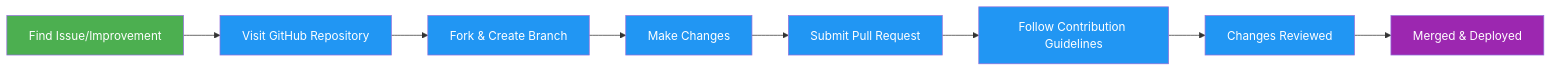
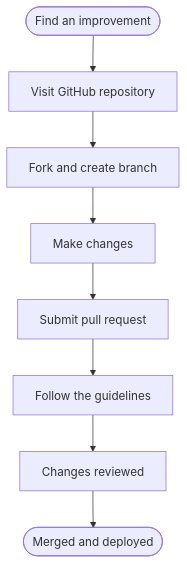
The diagram in docs/en/index.md (ultralytics/handbook), drawn with Mermaid before and after one commit. The commit also changed 16 other files, not shown here.

Commit message:
Migrate handbook Mermaid diagrams to the unified design system (#363)

````diff
--- a/docs/en/index.md
+++ b/docs/en/index.md
@@ -304,14 +304,10 @@
 ```mermaid
-graph LR
-    A[Find Issue/Improvement]:::start --> B[Visit GitHub Repository]:::proc
-    B --> C[Fork & Create Branch]:::proc
-    C --> D[Make Changes]:::proc
-    D --> E[Submit Pull Request]:::proc
-    E --> F[Follow Contribution Guidelines]:::proc
-    F --> G[Changes Reviewed]:::proc
-    G --> H[Merged & Deployed]:::out
-
-    classDef start fill:#4CAF50,color:#fff
-    classDef proc fill:#2196F3,color:#fff
-    classDef out fill:#9C27B0,color:#fff
+flowchart TD
+    A([Find an improvement]) --> B[Visit GitHub repository]
+    B --> C[Fork and create branch]
+    C --> D[Make changes]
+    D --> E[Submit pull request]
+    E --> F[Follow the guidelines]
+    F --> G[Changes reviewed]
+    G --> H([Merged and deployed])
 ```
````
